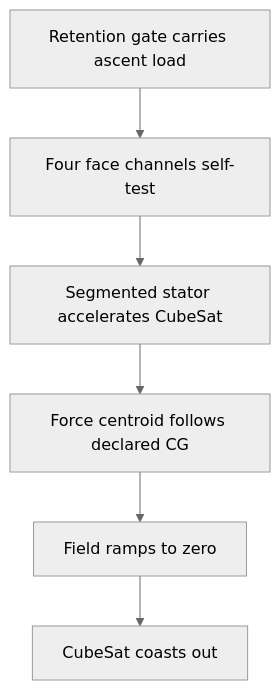
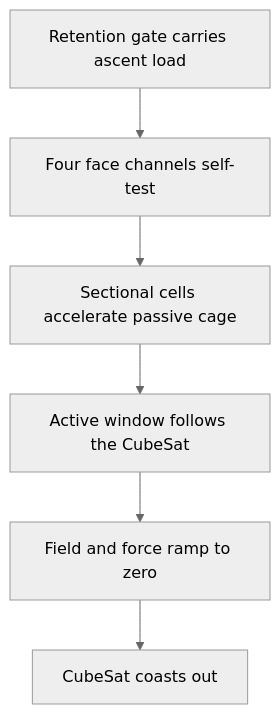
The diagram in docs/CONCEPT.md (aaaaaaaaaaaavm/BOLLEY), drawn with Mermaid (neutral theme) before and after one commit. The commit also changed other lines of this file and 20 other files, not shown here.

````diff
--- a/docs/CONCEPT.md
+++ b/docs/CONCEPT.md
@@ -9,8 +12,8 @@
 ```mermaid
 flowchart TD
     A["Retention gate carries ascent load"] --> B["Four face channels self-test"]
-    B --> C["Segmented stator accelerates CubeSat"]
-    C --> D["Force centroid follows declared CG"]
-    D --> E["Field ramps to zero"]
+    B --> C["Sectional cells accelerate passive cage"]
+    C --> D["Active window follows the CubeSat"]
+    D --> E["Field and force ramp to zero"]
     E --> F["CubeSat coasts out"]
 ```
````
